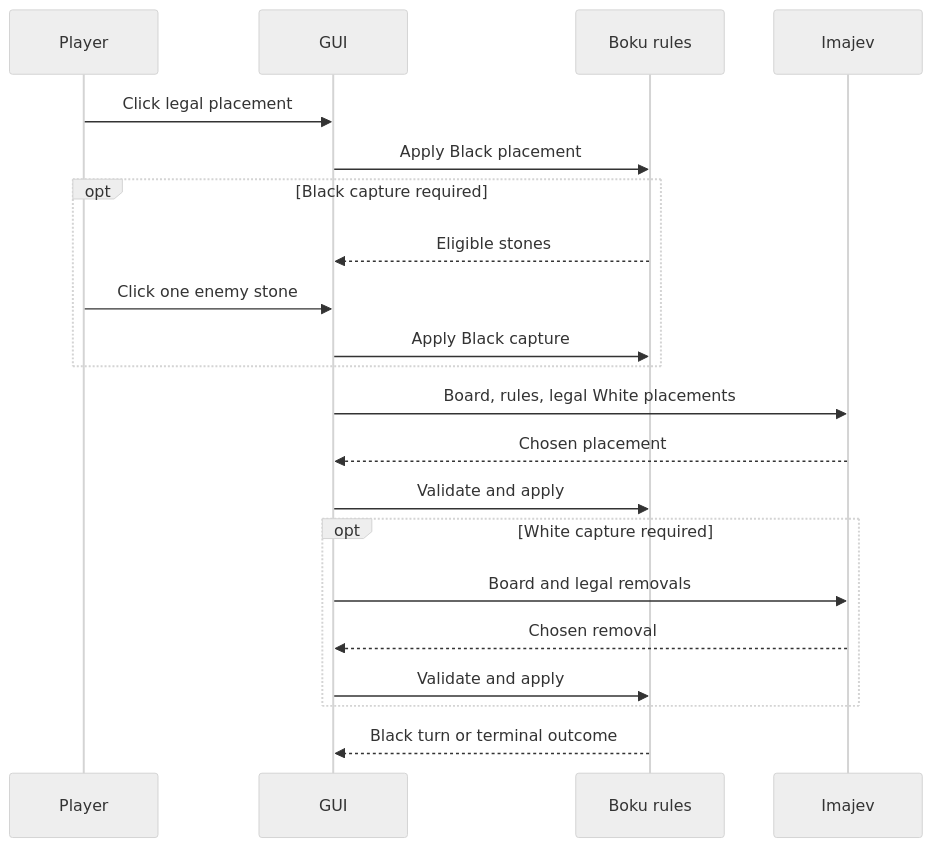
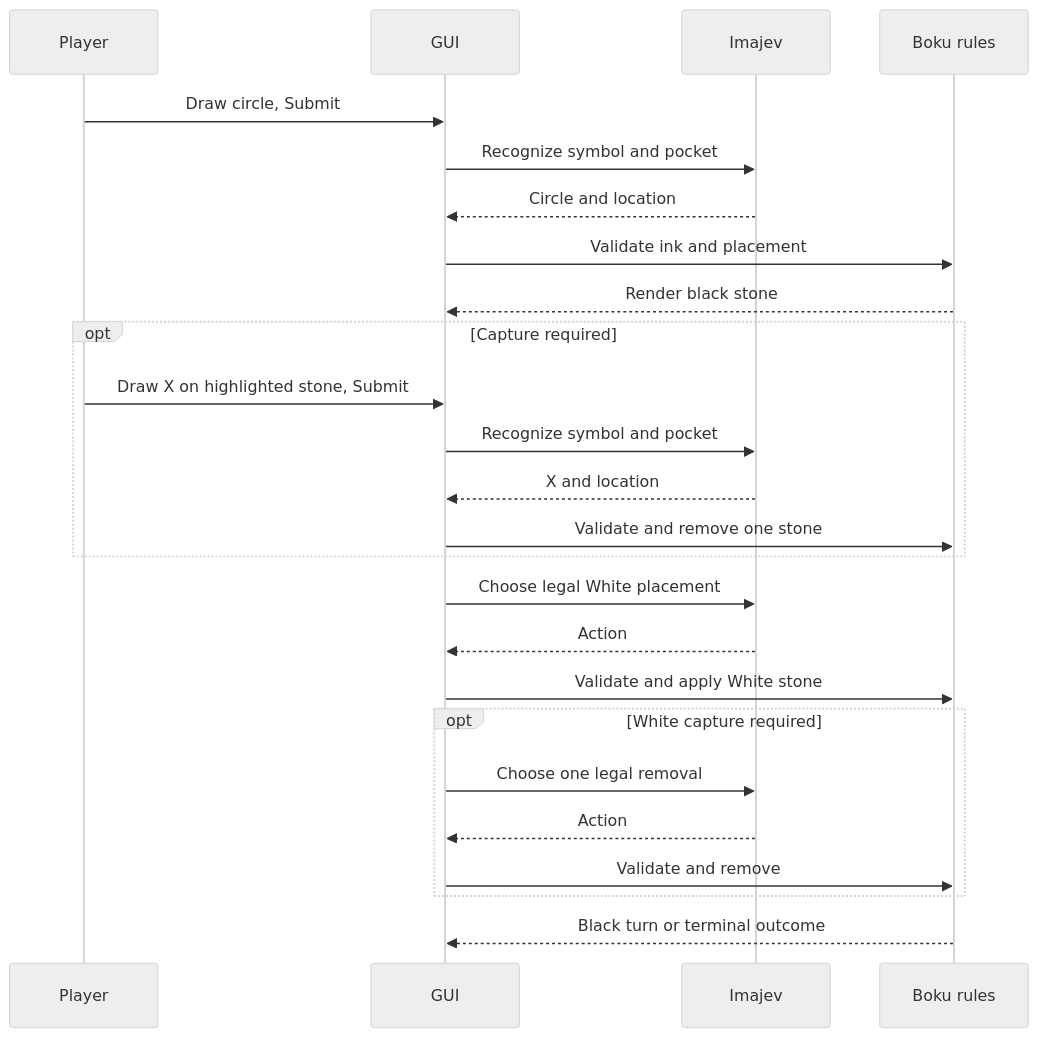
The diagram in docs/boku-implementation.md (kb-/imajev-experiments), drawn with Mermaid (neutral theme) before and after one commit. The commit also changed other lines of this file and 46 other files, not shown here.

````diff
--- a/docs/boku-implementation.md
+++ b/docs/boku-implementation.md
@@ -79,23 +47,27 @@
 ```mermaid
 sequenceDiagram
     participant Player
     participant GUI
+    participant Imajev
     participant Rules as Boku rules
-    participant Imajev
-    Player->>GUI: Click legal placement
-    GUI->>Rules: Apply Black placement
-    opt Black capture required
-        Rules-->>GUI: Eligible stones
-        Player->>GUI: Click one enemy stone
-        GUI->>Rules: Apply Black capture
+    Player->>GUI: Draw circle, Submit
+    GUI->>Imajev: Recognize symbol and pocket
+    Imajev-->>GUI: Circle and location
+    GUI->>Rules: Validate ink and placement
+    Rules-->>GUI: Render black stone
+    opt Capture required
+        Player->>GUI: Draw X on highlighted stone, Submit
+        GUI->>Imajev: Recognize symbol and pocket
+        Imajev-->>GUI: X and location
+        GUI->>Rules: Validate and remove one stone
     end
-    GUI->>Imajev: Board, rules, legal White placements
-    Imajev-->>GUI: Chosen placement
-    GUI->>Rules: Validate and apply
+    GUI->>Imajev: Choose legal White placement
+    Imajev-->>GUI: Action
+    GUI->>Rules: Validate and apply White stone
     opt White capture required
-        GUI->>Imajev: Board and legal removals
-        Imajev-->>GUI: Chosen removal
-        GUI->>Rules: Validate and apply
+        GUI->>Imajev: Choose one legal removal
+        Imajev-->>GUI: Action
+        GUI->>Rules: Validate and remove
     end
     Rules-->>GUI: Black turn or terminal outcome
 ```
````
